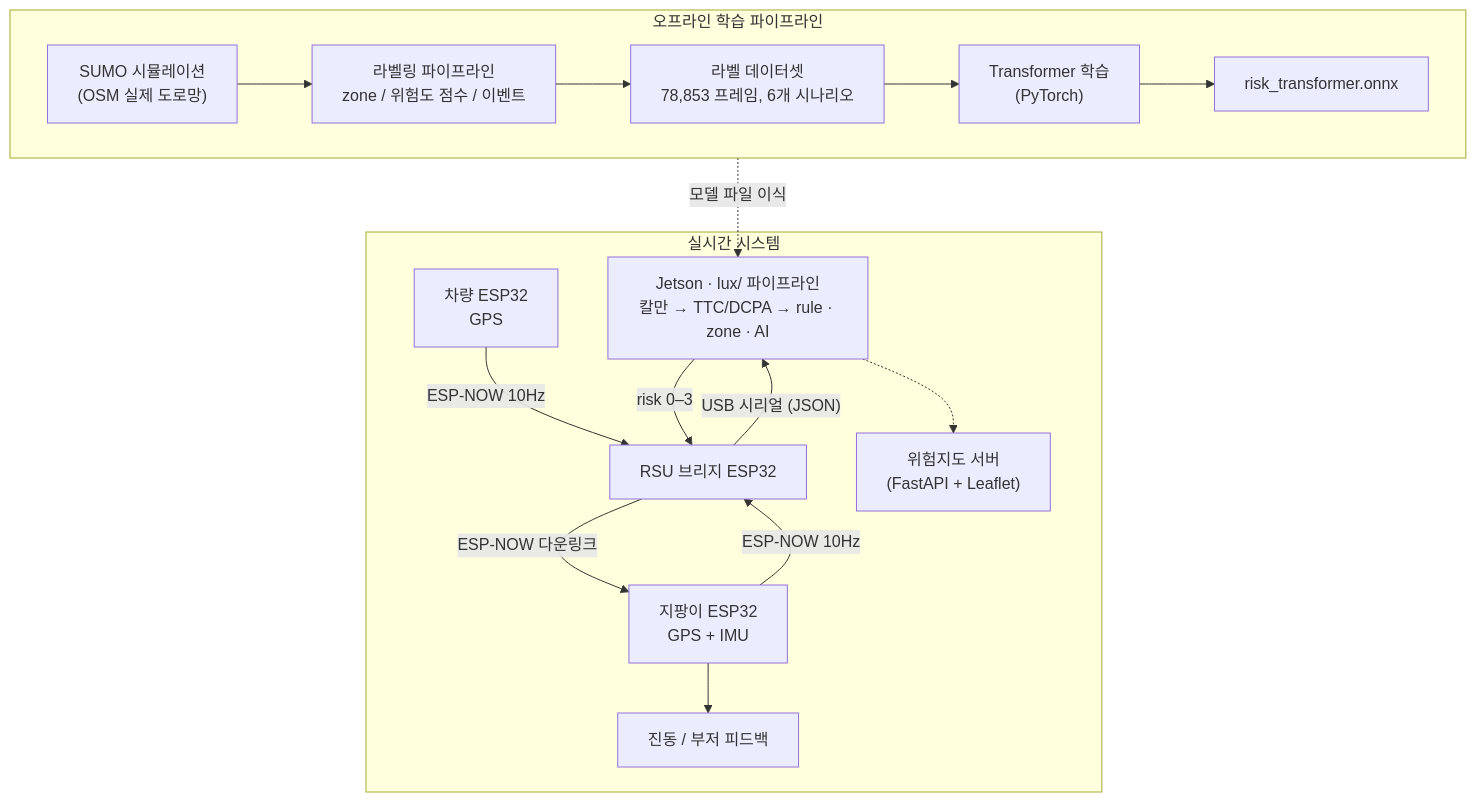
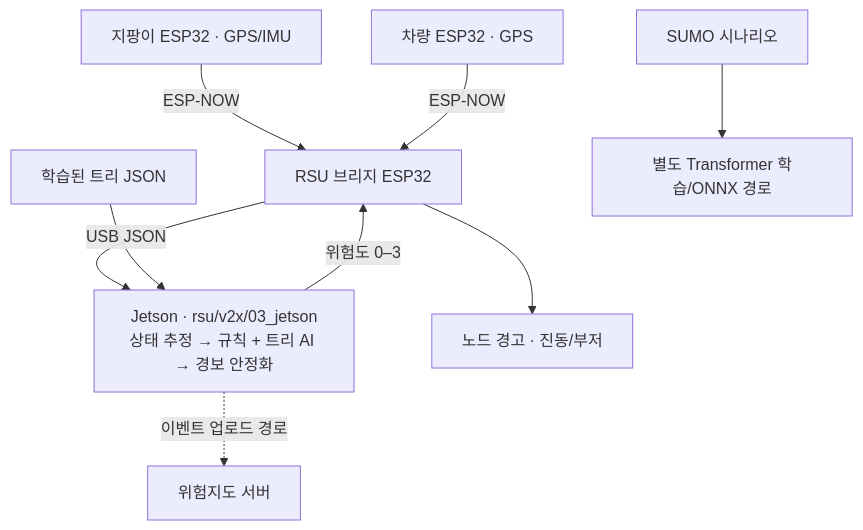
One commit to joon722/AI-V2X-Cane changed the diagram in README.ko.md. Above: the diagram before and after it, drawn with Mermaid. The commit also changed other lines of this file and 4 other files, not shown here.

````diff
--- a/README.ko.md
+++ b/README.ko.md
@@ -19,20 +19,11 @@
 ```mermaid
 flowchart TB
-    subgraph offline["오프라인 학습 파이프라인"]
-        direction LR
-        SUMO["SUMO 시뮬레이션<br/>(OSM 실제 도로망)"] --> SCRIPTS["라벨링 파이프라인<br/>zone / 위험도 점수 / 이벤트"]
-        SCRIPTS --> DATASET["라벨 데이터셋<br/>78,853 프레임, 6개 시나리오"]
-        DATASET --> TRAIN["Transformer 학습<br/>(PyTorch)"]
-        TRAIN --> ONNX["risk_transformer.onnx"]
-    end
-    subgraph realtime["실시간 시스템"]
-        CANE["지팡이 ESP32<br/>GPS + IMU"] -- "ESP-NOW 10Hz" --> RSU["RSU 브리지 ESP32"]
-        CAR["차량 ESP32<br/>GPS"] -- "ESP-NOW 10Hz" --> RSU
-        RSU -- "USB 시리얼 (JSON)" --> JETSON["Jetson · lux/ 파이프라인<br/>칼만 → TTC/DCPA → rule · zone · AI"]
-        JETSON -- "risk 0–3" --> RSU
-        RSU -- "ESP-NOW 다운링크" --> CANE
-        CANE --> FB["진동 / 부저 피드백"]
-        JETSON -.-> MAP["위험지도 서버<br/>(FastAPI + Leaflet)"]
-    end
-    ONNX -. "모델 파일 이식" .-> JETSON
+    CANE["지팡이 ESP32 · GPS/IMU"] -- "ESP-NOW" --> RSU["RSU 브리지 ESP32"]
+    CAR["차량 ESP32 · GPS"] -- "ESP-NOW" --> RSU
+    RSU -- "USB JSON" --> JETSON["Jetson · rsu/v2x/03_jetson<br/>상태 추정 → 규칙 + 트리 AI → 경보 안정화"]
+    MODEL["학습된 트리 JSON"] --> JETSON
+    JETSON -- "위험도 0–3" --> RSU
+    RSU --> FB["노드 경고 · 진동/부저"]
+    JETSON -. "이벤트 업로드 경로" .-> MAP["위험지도 서버"]
+    SUMO["SUMO 시나리오"] --> TRANSFORMER["별도 Transformer 학습/ONNX 경로"]
 ```
````
